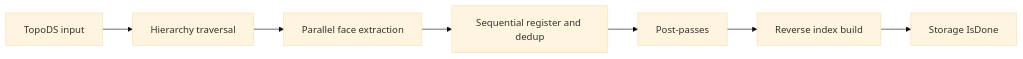
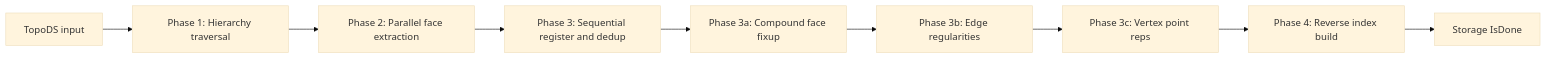
Before and after one commit to Open-Cascade-SAS/OCCT: the fourth of 5 diagrams in src/ModelingData/TKBRep/BRepGraphInc/README.md, drawn with Mermaid (base theme). The commit also changed other lines of this file and 3 other files, not shown here.

First line of the commit message:
Refactor BRepGraphInc architecture and documentation

````diff
--- a/src/ModelingData/TKBRep/BRepGraphInc/README.md
+++ b/src/ModelingData/TKBRep/BRepGraphInc/README.md
@@ -157,9 +130,11 @@
 ```mermaid
 flowchart LR
-	I[TopoDS input] --> P1[Hierarchy traversal]
-	P1 --> P2[Parallel face extraction]
-	P2 --> P3[Sequential register and dedup]
-	P3 --> P4[Post-passes]
-	P4 --> P5[Reverse index build]
-	P5 --> D[Storage IsDone]
+  I[TopoDS input] --> P1[Phase 1: Hierarchy traversal]
+  P1 --> P2[Phase 2: Parallel face extraction]
+  P2 --> P3[Phase 3: Sequential register and dedup]
+  P3 --> P3a[Phase 3a: Compound face fixup]
+  P3a --> P3b[Phase 3b: Edge regularities]
+  P3b --> P3c[Phase 3c: Vertex point reps]
+  P3c --> P4[Phase 4: Reverse index build]
+  P4 --> D[Storage IsDone]
 ```
````
